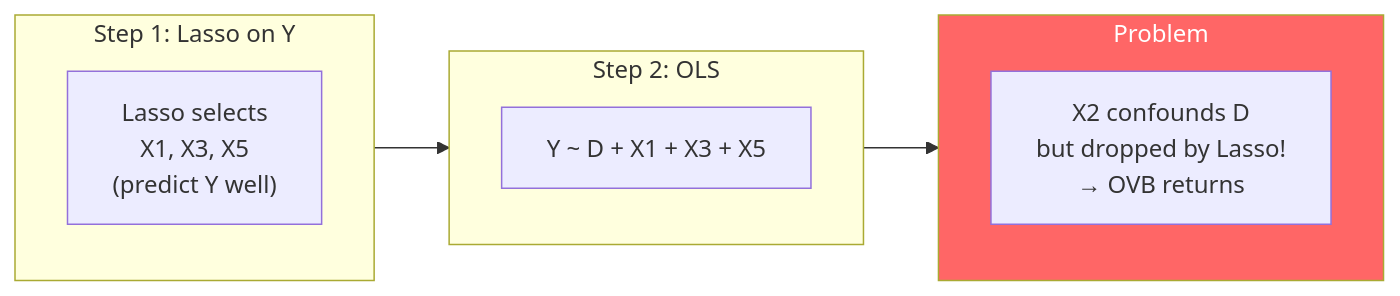
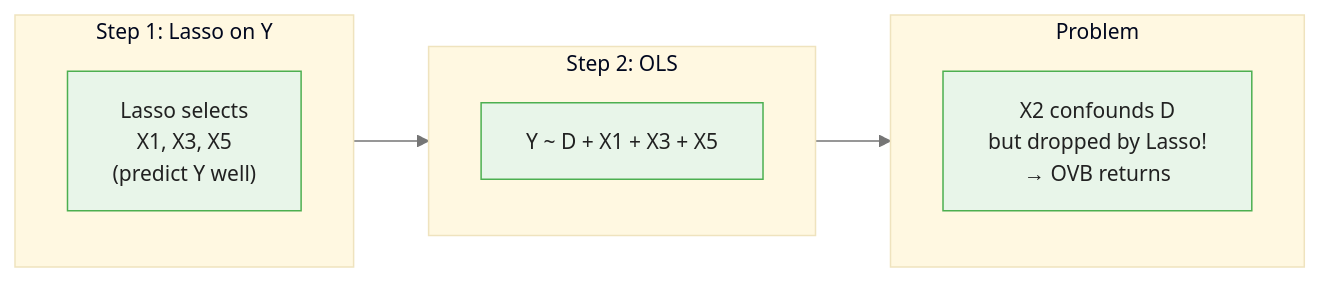
One commit to m-deane/course-creator changed the first of 3 diagrams in courses/double-machine-learning/modules/module_01_ols_limitations/guides/01_regularisation_bias_slides.md. Above: the diagram before and after it, drawn with Mermaid. The commit also changed other lines of this file and 40 other files, not shown here.

````diff
--- a/courses/double-machine-learning/modules/module_01_ols_limitations/guides/01_regularisation_bias_slides.md
+++ b/courses/double-machine-learning/modules/module_01_ols_limitations/guides/01_regularisation_bias_slides.md
@@ -33,15 +33,15 @@
 ```mermaid
+%%{init: {"theme": "base", "themeVariables": {"primaryColor": "#e8f5e9", "primaryBorderColor": "#4caf50", "primaryTextColor": "#212121", "secondaryColor": "#e3f2fd", "tertiaryColor": "#fff8e1", "lineColor": "#757575", "fontFamily": "Inter, sans-serif", "fontSize": "14px"}}}%%
 flowchart LR
     subgraph Step1["Step 1: Lasso on Y"]
         L["Lasso selects<br/>X1, X3, X5<br/>(predict Y well)"]
     end
     subgraph Step2["Step 2: OLS"]
         O["Y ~ D + X1 + X3 + X5"]
     end
     subgraph Problem["Problem"]
         P["X2 confounds D<br/>but dropped by Lasso!<br/>→ OVB returns"]
     end
     Step1 --> Step2
     Step2 --> Problem
-    style Problem fill:#f66,color:#fff
 ```
````
